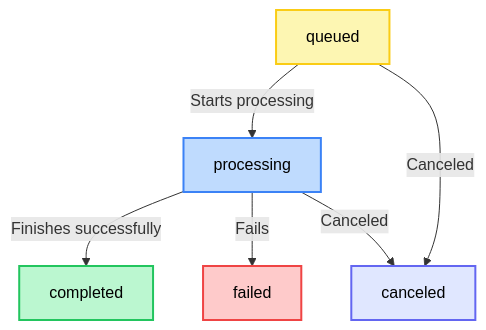
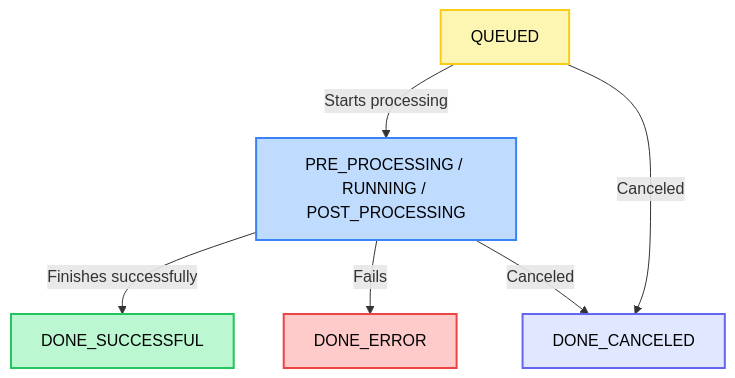
Before and after one commit to welovemedia/ffmate-docs: the diagram in docs/tasks.md, drawn with Mermaid. The commit also changed other lines of this file, not shown here.

````diff
--- a/docs/tasks.md
+++ b/docs/tasks.md
@@ -30,20 +28,25 @@
 ```mermaid
 graph TD;
+    queued["QUEUED"];
+    processing["PRE_PROCESSING / RUNNING / POST_PROCESSING"];
+    completed["DONE_SUCCESSFUL"];
+    failed["DONE_ERROR"];
+    canceled["DONE_CANCELED"];
     queued -->|Starts processing| processing;
     processing -->|Finishes successfully| completed;
     processing -->|Fails| failed;
     queued -->|Canceled| canceled;
     processing -->|Canceled| canceled;
 
     classDef queued fill:#fdf6b2,stroke:#facc15,stroke-width:2px,color:#000;
     classDef processing fill:#bfdbfe,stroke:#3b82f6,stroke-width:2px,color:#000;
     classDef completed fill:#bbf7d0,stroke:#22c55e,stroke-width:2px,color:#000;
     classDef failed fill:#fecaca,stroke:#ef4444,stroke-width:2px,color:#000;
     classDef canceled fill:#e0e7ff,stroke:#6366f1,stroke-width:2px,color:#000;
 
     class queued queued;
     class processing processing;
     class completed completed;
     class failed failed;
     class canceled canceled;
 ```
````
